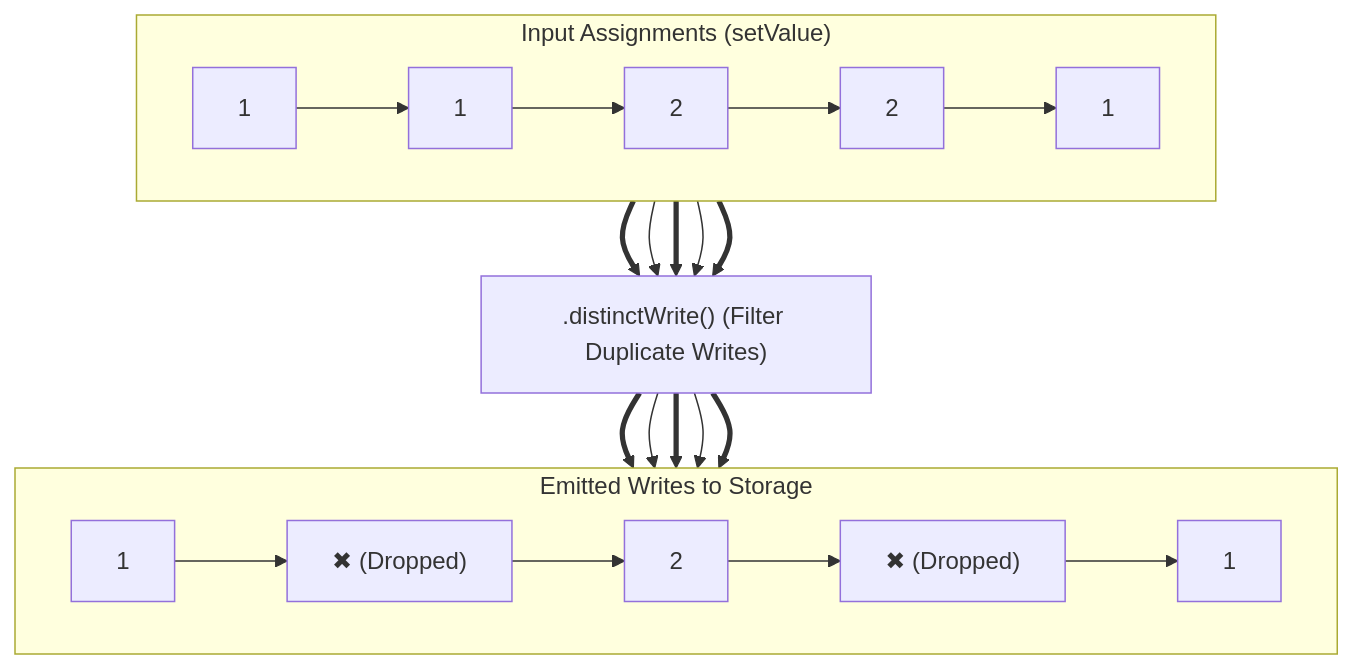
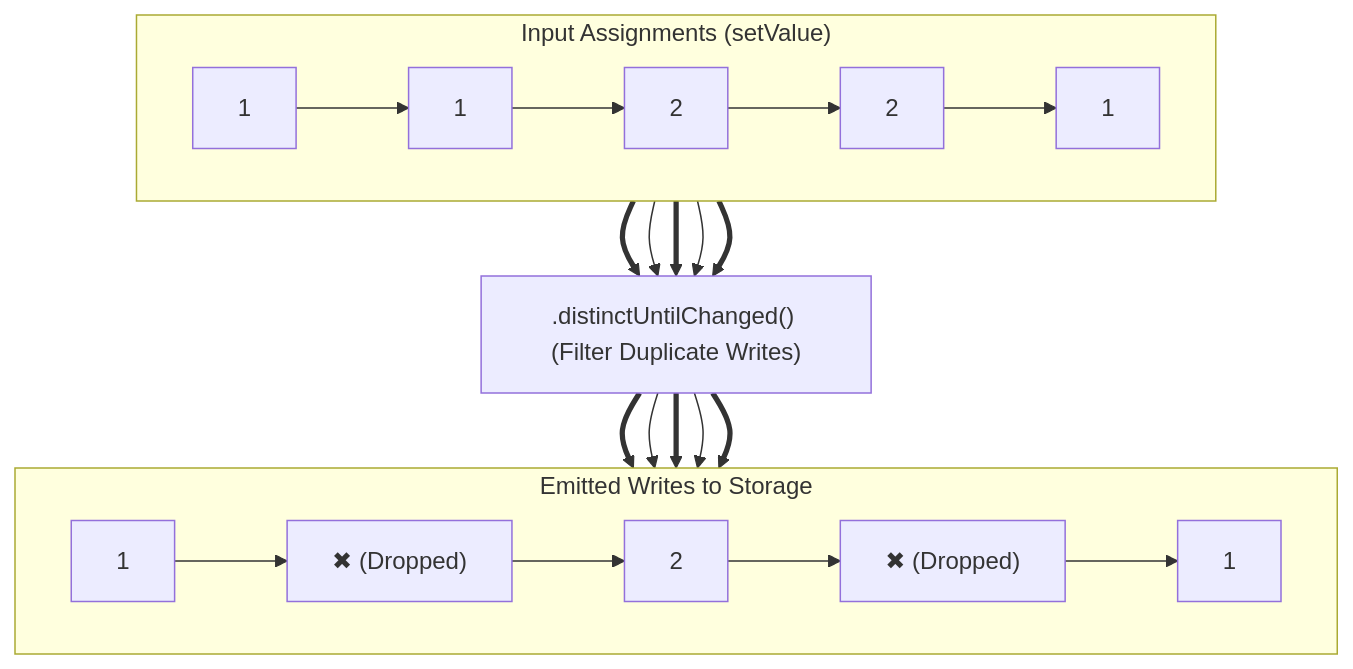
Before and after one commit to RePropertyX/RePropertyX: the first of 3 diagrams in README.md, drawn with Mermaid. The commit also changed other lines of this file and 13 other files, not shown here.

Commit message:
refactor: simplify distinctUntilChanged operator to filter setValue writes without read/write split

````diff
--- a/README.md
+++ b/README.md
@@ -83,20 +83,20 @@
 ```mermaid
 flowchart TD
     subgraph Inputs ["Input Assignments (setValue)"]
         direction LR
         I1[" 1 "] --> I2[" 1 "] --> I3[" 2 "] --> I4[" 2 "] --> I5[" 1 "]
     end
 
-    OP[" .distinctWrite() (Filter Duplicate Writes) "]
+    OP[" .distinctUntilChanged() (Filter Duplicate Writes) "]
 
     subgraph Outputs ["Emitted Writes to Storage"]
         direction LR
         O1[" 1 "] --> O2[" ✖ (Dropped) "] --> O3[" 2 "] --> O4[" ✖ (Dropped) "] --> O5[" 1 "]
     end
 
     I1 ==> OP ==> O1
     I2 --> OP --> O2
     I3 ==> OP ==> O3
     I4 --> OP --> O4
     I5 ==> OP ==> O5
 ```
````
